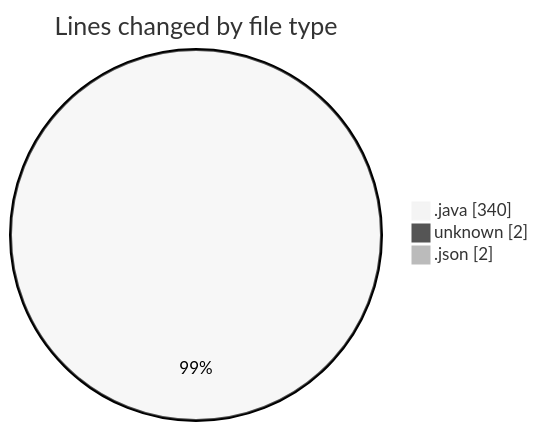
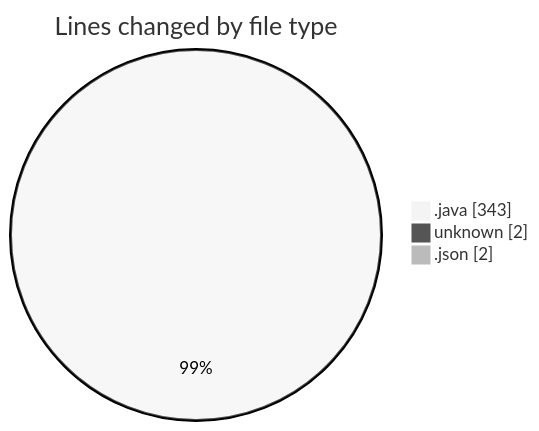
The first of 2 diagrams in 2026-04-10/cilapp/README.md (ricardozamudiocil/code-tracking), drawn with Mermaid (neutral theme) before and after one commit. The commit also changed other lines of this file and 1 other file, not shown here.

````diff
--- a/2026-04-10/cilapp/README.md
+++ b/2026-04-10/cilapp/README.md
@@ -27,7 +27,7 @@
 ```mermaid
 pie showData
 title Lines changed by file type
-".java" : 340
+".java" : 343
 "unknown" : 2
 ".json" : 2
 ```
````
